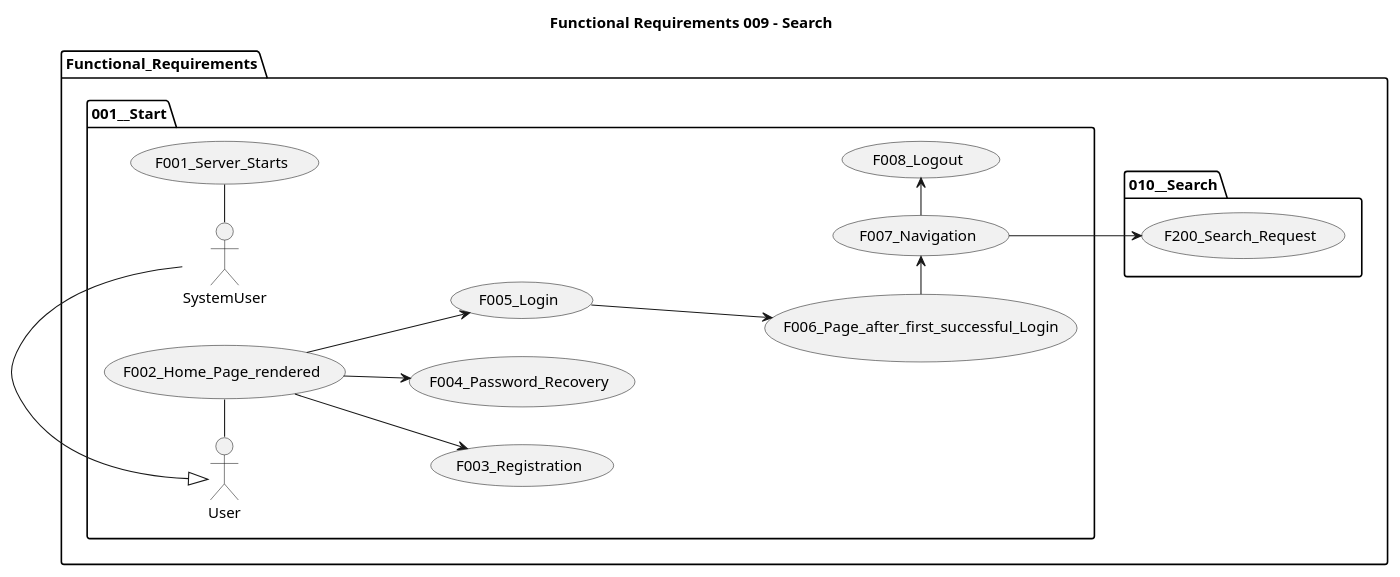
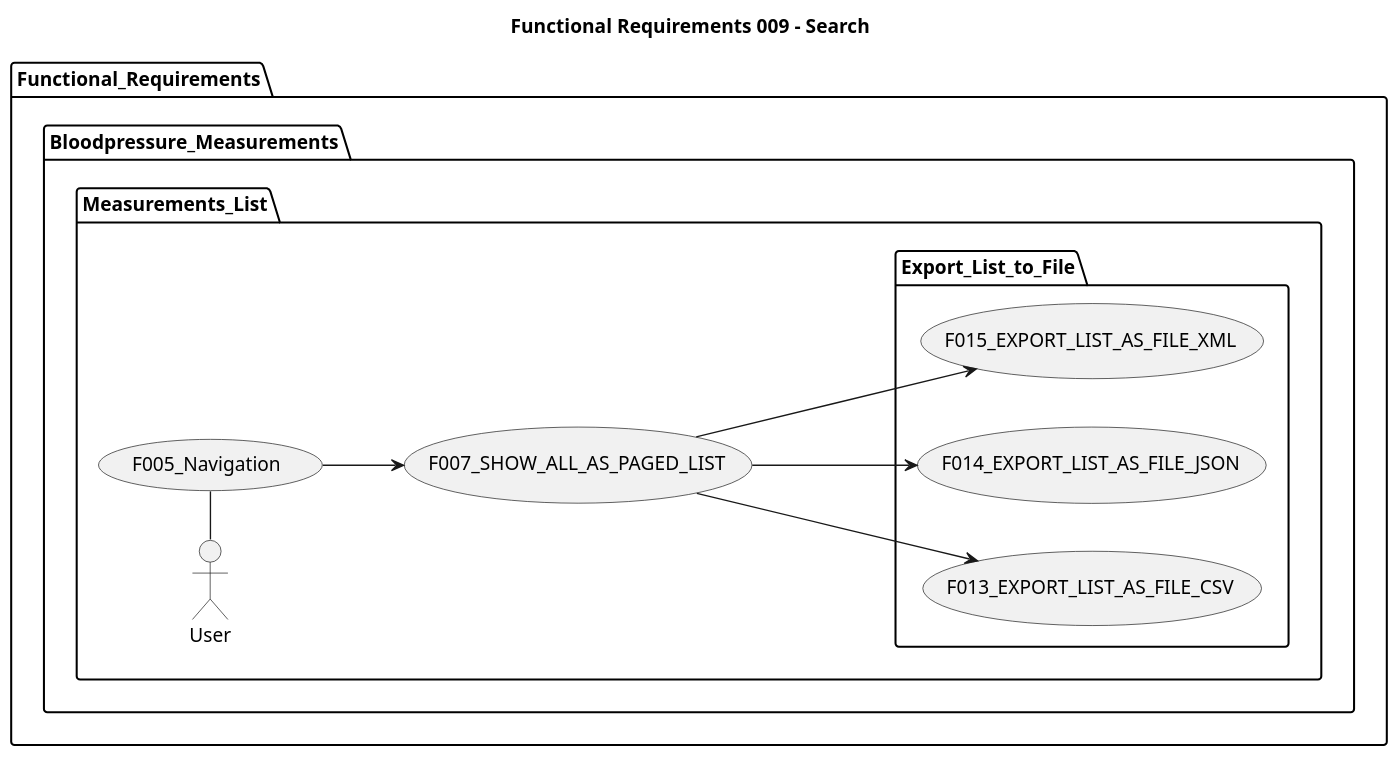
Before and after one commit to BloodMoneyApp/bloodmoney: the diagram in src/main/plantuml/Bloodmoney__Use_Cases__003__Export_to_File.puml, drawn with PlantUML. The commit also changed 4 other files, not shown here.

Commit message:
documentation: class structure to UML

```diff
--- a/src/main/plantuml/Bloodmoney__Use_Cases__003__Export_to_File.puml
+++ b/src/main/plantuml/Bloodmoney__Use_Cases__003__Export_to_File.puml
@@ -1,32 +1,27 @@
 @startuml
 
 title Functional Requirements 009 - Search
 
 left to right direction
 'top to bottom direction
 
 'https://plantuml.com/use-case-diagram
 
 scale 1200 width
 
 package Functional_Requirements {
 
-  package 001__Start {
-    SystemUser - (F001_Server_Starts)
-    User - (F002_Home_Page_rendered)
-    (F002_Home_Page_rendered) --> (F003_Registration)
-    (F002_Home_Page_rendered) --> (F004_Password_Recovery)
-    (F002_Home_Page_rendered) --> (F005_Login)
-    (F005_Login) ---> (F006_Page_after_first_successful_Login)
-    (F006_Page_after_first_successful_Login) -> (F007_Navigation)
-    (F007_Navigation) -> (F008_Logout)
+  package Bloodpressure_Measurements {
 
-    User <|- SystemUser
-  }
-
-  package 010__Search {
-     (F007_Navigation) --> (F200_Search_Request)
-  }
-
+      package Measurements_List {
+          User - (F005_Navigation)
+          (F005_Navigation) --> (F007_SHOW_ALL_AS_PAGED_LIST)
+          package Export_List_to_File {
+              (F007_SHOW_ALL_AS_PAGED_LIST) ---> (F013_EXPORT_LIST_AS_FILE_CSV)
+              (F007_SHOW_ALL_AS_PAGED_LIST) ---> (F014_EXPORT_LIST_AS_FILE_JSON)
+              (F007_SHOW_ALL_AS_PAGED_LIST) ---> (F015_EXPORT_LIST_AS_FILE_XML)
+          }
+      }
+    }
 }
 @enduml
```
